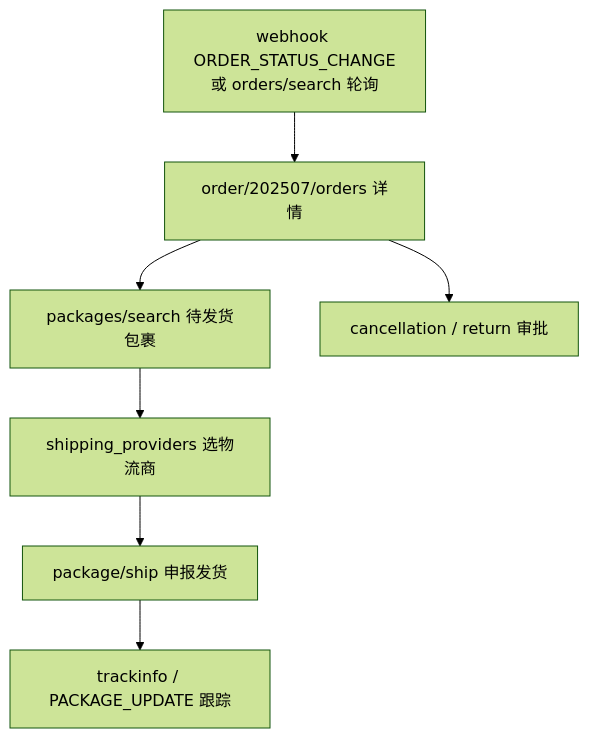
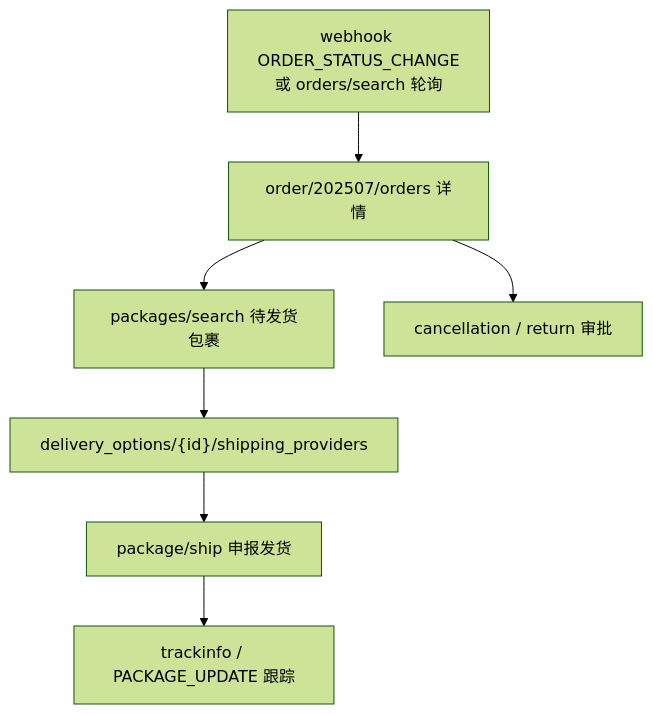
One commit to philliu66/hemu_oversea_fullstack changed the fourth of 4 diagrams in hemu_oversea_fastapi/tiktok_API.md. Above: the diagram before and after it, drawn with Mermaid (forest theme). The commit also changed other lines of this file and 25 other files, not shown here.

````diff
--- a/hemu_oversea_fastapi/tiktok_API.md
+++ b/hemu_oversea_fastapi/tiktok_API.md
@@ -618,9 +641,9 @@
 ```mermaid
 flowchart TD
     A["webhook ORDER_STATUS_CHANGE<br/>或 orders/search 轮询"] --> B["order/202507/orders 详情"]
     B --> C["packages/search 待发货包裹"]
-    C --> D["shipping_providers 选物流商"]
+    C --> D["delivery_options/{id}/shipping_providers"]
     D --> E["package/ship 申报发货"]
     E --> F["trackinfo / PACKAGE_UPDATE 跟踪"]
     B --> G["cancellation / return 审批"]
 ```
````
